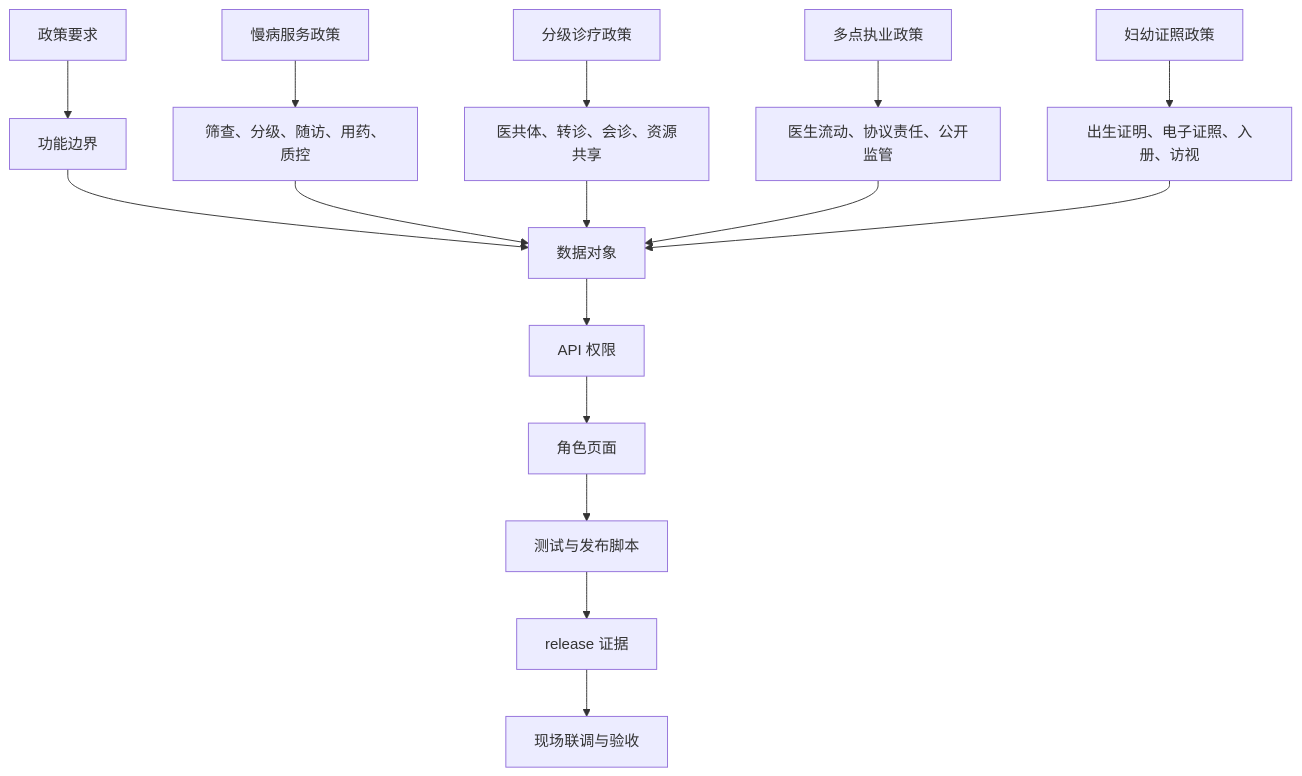
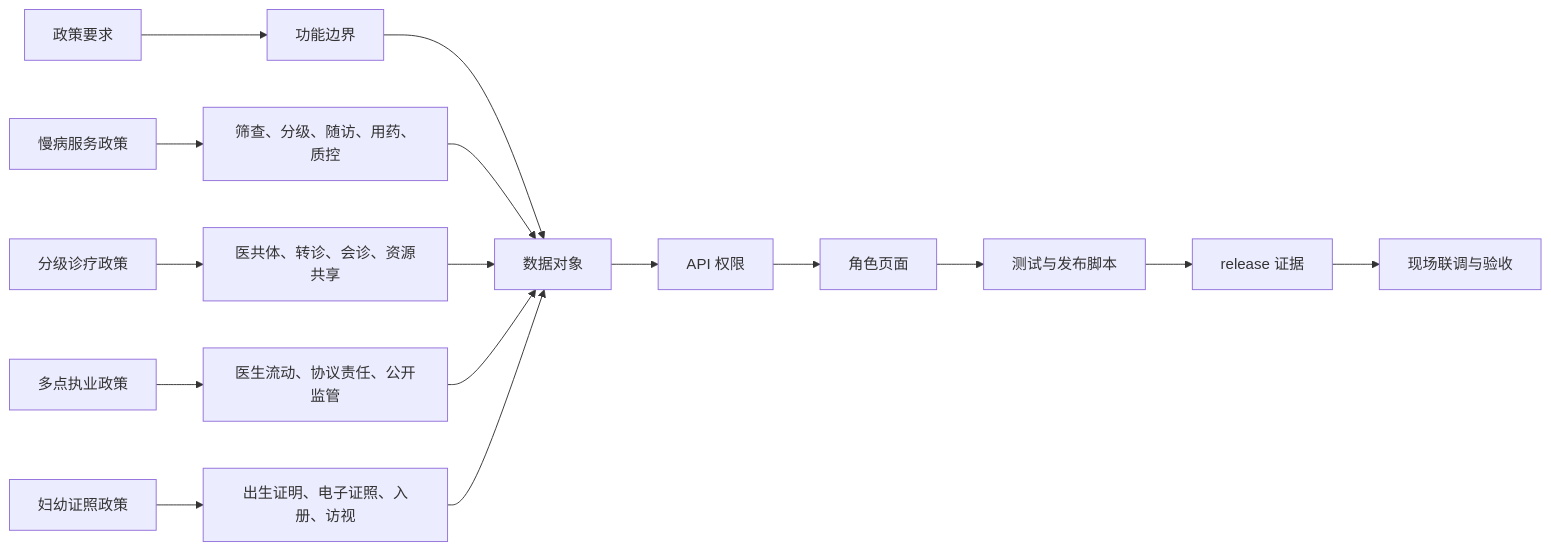
One commit to xujiann/chronic-care-platform changed the diagram in docs/政策依据说明.md. Above: the diagram before and after it, drawn with Mermaid. The commit also changed other lines of this file and 22 other files, not shown here.

````diff
--- a/docs/政策依据说明.md
+++ b/docs/政策依据说明.md
@@ -20,20 +20,20 @@
 ```mermaid
-flowchart TD
+flowchart LR
   A["政策要求"] --> B["功能边界"]
   B --> C["数据对象"]
   C --> D["API 权限"]
   D --> E["角色页面"]
   E --> F["测试与发布脚本"]
   F --> G["release 证据"]
   G --> H["现场联调与验收"]
 
   A1["慢病服务政策"] --> B1["筛查、分级、随访、用药、质控"]
   A2["分级诊疗政策"] --> B2["医共体、转诊、会诊、资源共享"]
   A3["多点执业政策"] --> B3["医生流动、协议责任、公开监管"]
   A4["妇幼证照政策"] --> B4["出生证明、电子证照、入册、访视"]
 
   B1 --> C
   B2 --> C
   B3 --> C
   B4 --> C
 ```
````
